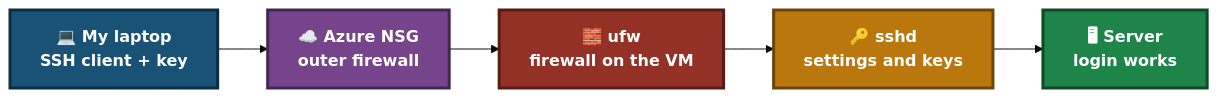
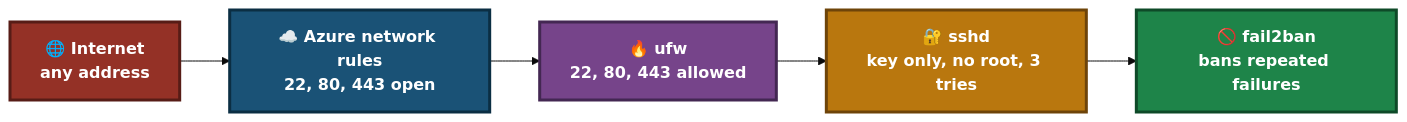
Before and after one commit to malaika-azhar/Linux-SysAdmin-Labs: the third of 5 diagrams in lab03-ssh-firewall-patching/README.md, drawn with Mermaid (base theme). The commit also changed other lines of this file, not shown here.

````diff
--- a/lab03-ssh-firewall-patching/README.md
+++ b/lab03-ssh-firewall-patching/README.md
@@ -510,10 +522,10 @@
 ```mermaid
 flowchart LR
-    A["💻 My laptop<br/>SSH client + key"]:::a --> B["☁️ Azure NSG<br/>outer firewall"]:::b --> C["🧱 ufw<br/>firewall on the VM"]:::c --> D["🔑 sshd<br/>settings and keys"]:::d --> E["🖥 Server<br/>login works"]:::e
+    A["🌐 Internet<br/>any address"]:::a --> B["☁️ Azure network rules<br/>22, 80, 443 open"]:::b --> C["🔥 ufw<br/>22, 80, 443 allowed"]:::c --> D["🔐 sshd<br/>key only, no root, 3 tries"]:::d --> E["🚫 fail2ban<br/>bans repeated failures"]:::e
 
-    classDef a fill:#1A5276,stroke:#0B2E43,stroke-width:3px,color:#FFFFFF,font-weight:bold
-    classDef b fill:#76448A,stroke:#432752,stroke-width:3px,color:#FFFFFF,font-weight:bold
-    classDef c fill:#943126,stroke:#571C16,stroke-width:3px,color:#FFFFFF,font-weight:bold
+    classDef a fill:#943126,stroke:#571C16,stroke-width:3px,color:#FFFFFF,font-weight:bold
+    classDef b fill:#1A5276,stroke:#0B2E43,stroke-width:3px,color:#FFFFFF,font-weight:bold
+    classDef c fill:#76448A,stroke:#432752,stroke-width:3px,color:#FFFFFF,font-weight:bold
     classDef d fill:#B9770E,stroke:#6E4409,stroke-width:3px,color:#FFFFFF,font-weight:bold
     classDef e fill:#1E8449,stroke:#0E4A28,stroke-width:3px,color:#FFFFFF,font-weight:bold
 ```
````
